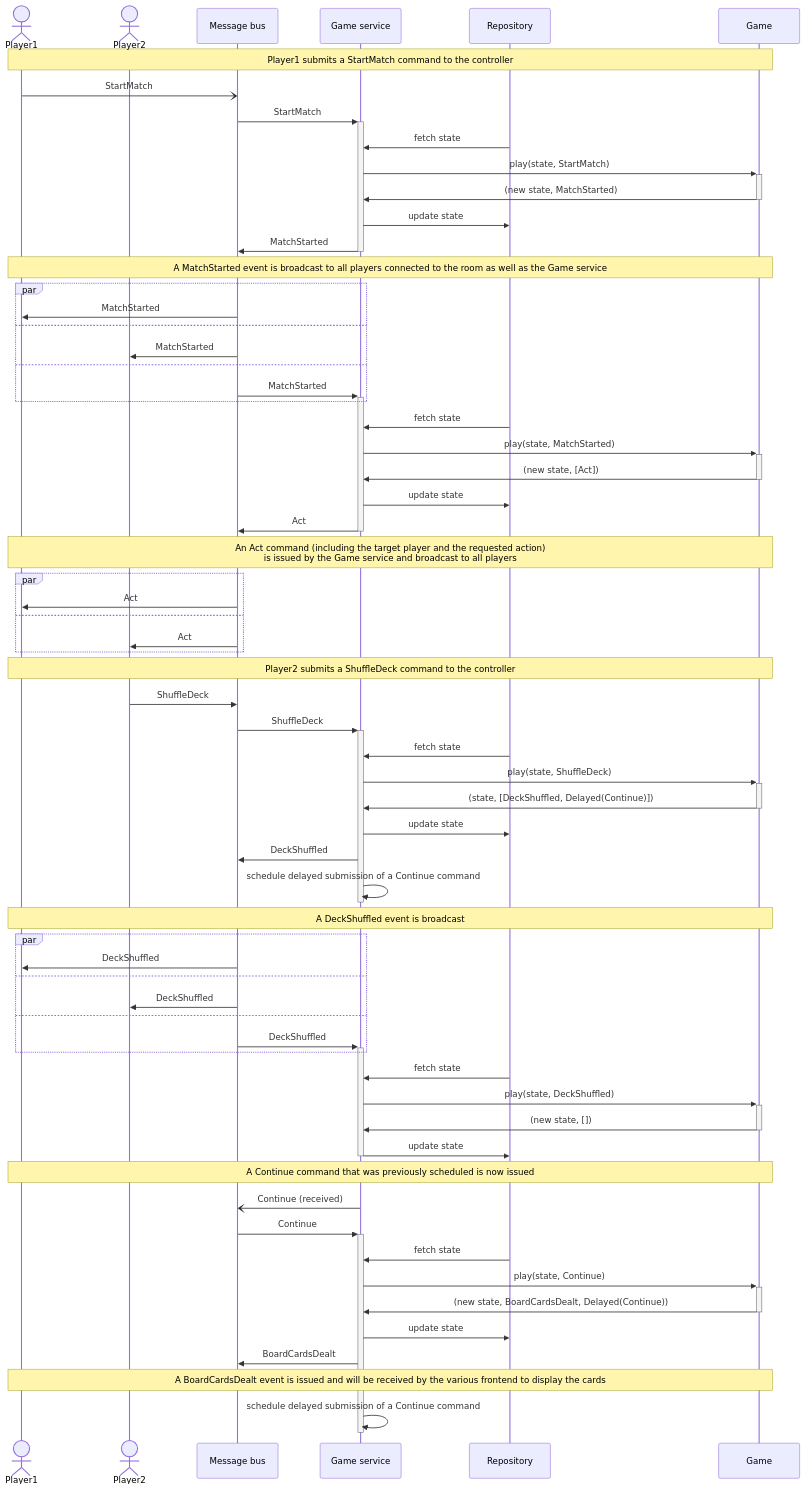
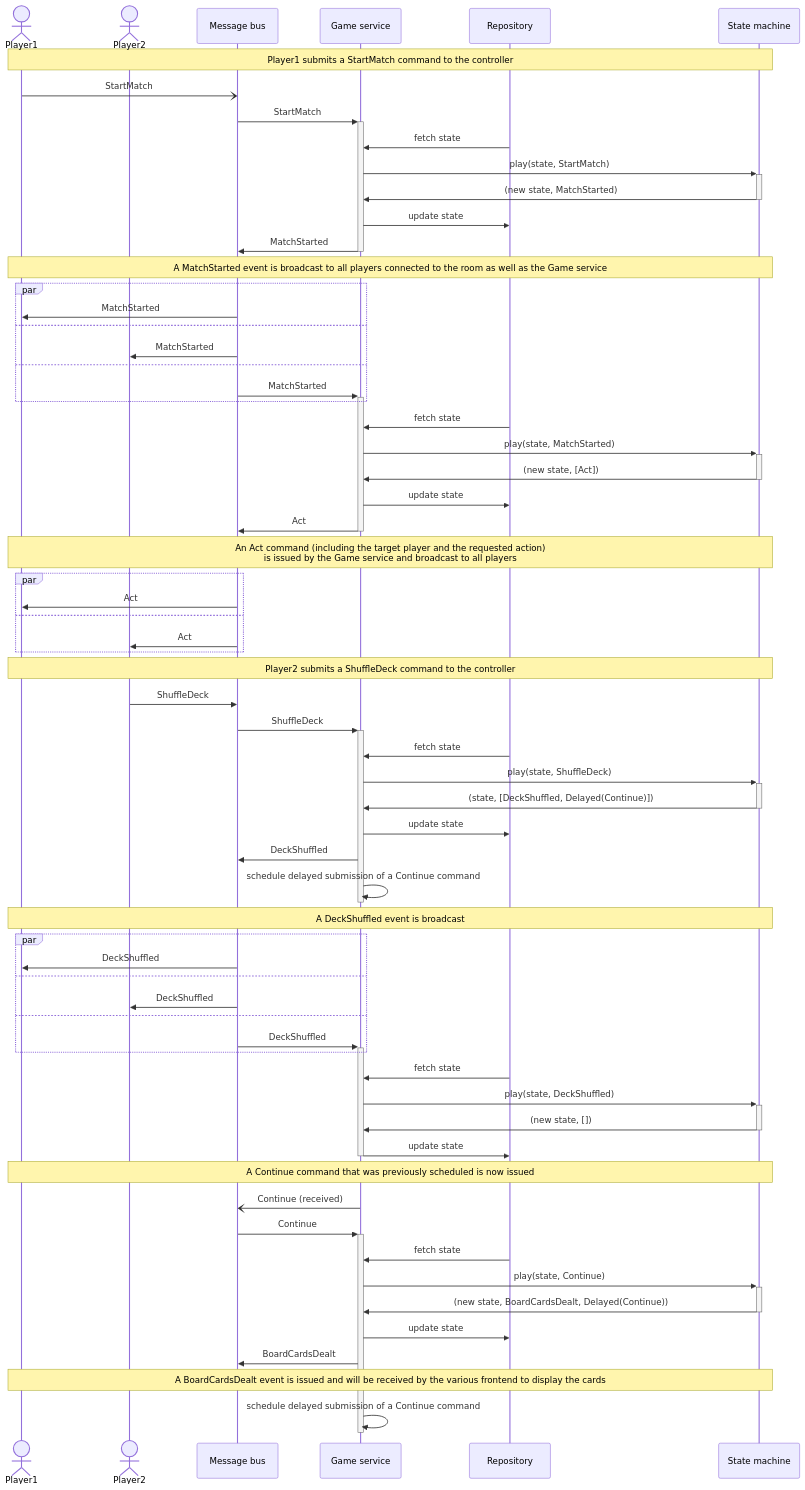
Before and after one commit to epifab/bastoni: the third of 3 diagrams in README.md, drawn with Mermaid. The commit also changed other lines of this file, not shown here.

Commit message:
Refactored repo diagrams

````diff
--- a/README.md
+++ b/README.md
@@ -115,75 +115,74 @@
 ```mermaid
 sequenceDiagram
-    actor Player1
-    actor Player2
-    participant Message bus
-    participant Game service
-    participant Repository
-    participant Game
+    actor p1 AS Player1
+    actor p2 AS Player2
+    participant bus AS Message bus
+    participant service AS Game service
+    participant repo AS Repository
+    participant machine AS State machine
     
-    note over Player1, Game: Player1 submits a StartMatch command to the controller
-    Player1-)Message bus: StartMatch
-    Message bus->>+Game service: StartMatch
-    Repository->>Game service: fetch state
-    Game service->>+Game: play(state, StartMatch)
-    Game->>-Game service: (new state, MatchStarted)
-    Game service->>Repository: update state
-    Game service->>-Message bus: MatchStarted
+    note over p1, machine: Player1 submits a StartMatch command to the controller
+    p1-)bus: StartMatch
+    bus->>+service: StartMatch
+    repo->>service: fetch state
+    service->>+machine: play(state, StartMatch)
+    machine->>-service: (new state, MatchStarted)
+    service->>repo: update state
+    service->>-bus: MatchStarted
 
-    note over Player1, Game: A MatchStarted event is broadcast to all players connected to the room as well as the Game service
+    note over p1, machine: A MatchStarted event is broadcast to all players connected to the room as well as the Game service
     par
-        Message bus->>Player1: MatchStarted
+        bus->>p1: MatchStarted
     and 
-        Message bus->>Player2: MatchStarted
+        bus->>p2: MatchStarted
     and 
-        Message bus->>+Game service: MatchStarted
+        bus->>+service: MatchStarted
     end
         
-    Repository->>Game service: fetch state
-    Game service->>+Game: play(state, MatchStarted)
-    Game->>-Game service: (new state, [Act])
-    Game service->>Repository: update state
-    Game service->>-Message bus: Act
+    repo->>service: fetch state
+    service->>+machine: play(state, MatchStarted)
+    machine->>-service: (new state, [Act])
+    service->>repo: update state
+    service->>-bus: Act
 
-    note over Player1, Game: An Act command (including the target player and the requested action)<br/> is issued by the Game service and broadcast to all players
+    note over p1, machine: An Act command (including the target player and the requested action)<br/> is issued by the Game service and broadcast to all players
     par
-        Message bus->>Player1: Act
+        bus->>p1: Act
     and
-        Message bus->>Player2: Act
+        bus->>p2: Act
     end
 
-    note over Player1, Game: Player2 submits a ShuffleDeck command to the controller
-    Player2->>Message bus: ShuffleDeck
-    Message bus->>+Game service: ShuffleDeck
-    Repository->>Game service: fetch state
-    Game service->>+Game: play(state, ShuffleDeck)
-    Game->>-Game service: (state, [DeckShuffled, Delayed(Continue)])
-    Game service->>Repository: update state
-    Game service->>Message bus: DeckShuffled
-    Game service->>-Game service: schedule delayed submission of a Continue command
+    note over p1, machine: Player2 submits a ShuffleDeck command to the controller
+    p2->>bus: ShuffleDeck
+    bus->>+service: ShuffleDeck
+    repo->>service: fetch state
+    service->>+machine: play(state, ShuffleDeck)
+    machine->>-service: (state, [DeckShuffled, Delayed(Continue)])
+    service->>repo: update state
+    service->>bus: DeckShuffled
+    service->>-service: schedule delayed submission of a Continue command
 
-    note over Player1, Game: A DeckShuffled event is broadcast
+    note over p1, machine: A DeckShuffled event is broadcast
     par
-        Message bus->>Player1: DeckShuffled
+        bus->>p1: DeckShuffled
     and
-        Message bus->>Player2: DeckShuffled
+        bus->>p2: DeckShuffled
     and
-        Message bus->>+Game service: DeckShuffled
+        bus->>+service: DeckShuffled
     end
-    Repository->>Game service: fetch state
-    Game service->>+Game: play(state, DeckShuffled)
-    Game->>-Game service: (new state, [])
-    Game service->>Repository: update state
-    deactivate Game service
+    repo->>service: fetch state
+    service->>+machine: play(state, DeckShuffled)
+    machine->>-service: (new state, [])
+    service->>-repo: update state
 
-    note over Player1, Game: A Continue command that was previously scheduled is now issued
-    Game service-)Message bus: Continue (received)
-    Message bus->>+Game service: Continue
-    Repository->>Game service: fetch state
-    Game service->>+Game: play(state, Continue)
-    Game->>-Game service: (new state, BoardCardsDealt, Delayed(Continue))
-    Game service->>Repository: update state
-    Game service->>Message bus: BoardCardsDealt
-    note over Player1, Game: A BoardCardsDealt event is issued and will be received by the various frontend to display the cards
-    Game service->>-Game service: schedule delayed submission of a Continue command
+    note over p1, machine: A Continue command that was previously scheduled is now issued
+    service-)bus: Continue (received)
+    bus->>+service: Continue
+    repo->>service: fetch state
+    service->>+machine: play(state, Continue)
+    machine->>-service: (new state, BoardCardsDealt, Delayed(Continue))
+    service->>repo: update state
+    service->>bus: BoardCardsDealt
+    note over p1, machine: A BoardCardsDealt event is issued and will be received by the various frontend to display the cards
+    service->>-service: schedule delayed submission of a Continue command
 ```
````
